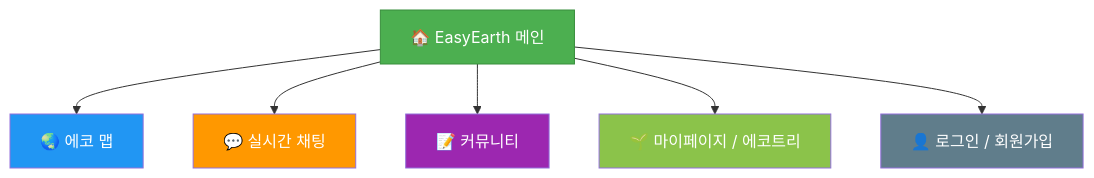
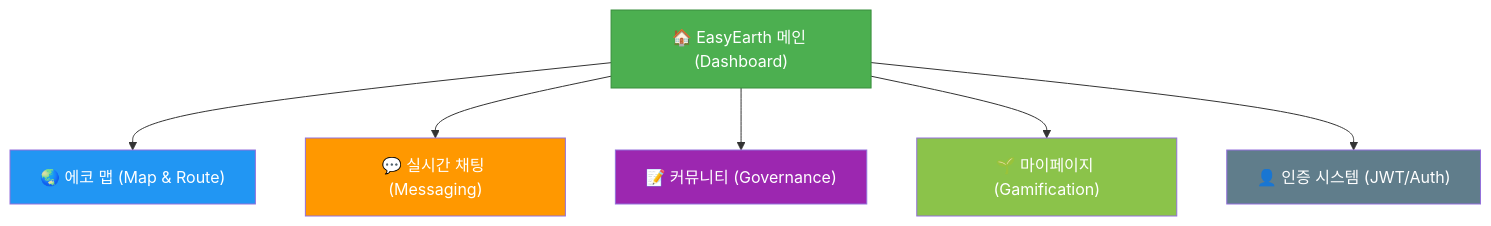
Before and after one commit to KJH-Portfolio/202602-Environmenta-Organization: the first of 5 diagrams in ia.md, drawn with Mermaid. The commit also changed other lines of this file and 9 other files, not shown here.

````diff
--- a/ia.md
+++ b/ia.md
@@ -22,16 +24,18 @@
 ```mermaid
 graph TD
-    ROOT["🏠 EasyEarth 메인"]
-    ROOT --> NAV_MAP["🌏 에코 맵"]
-    ROOT --> NAV_CHAT["💬 실시간 채팅"]
-    ROOT --> NAV_COMM["📝 커뮤니티"]
-    ROOT --> NAV_MY["🌱 마이페이지 / 에코트리"]
-    ROOT --> NAV_AUTH["👤 로그인 / 회원가입"]
+    ROOT["🏠 EasyEarth 메인 (Dashboard)"]
+    
+    ROOT --> NAV_MAP["🌏 에코 맵 (Map & Route)"]
+    ROOT --> NAV_CHAT["💬 실시간 채팅 (Messaging)"]
+    ROOT --> NAV_COMM["📝 커뮤니티 (Governance)"]
+    ROOT --> NAV_MY["🌱 마이페이지 (Gamification)"]
+    ROOT --> NAV_AUTH["👤 인증 시스템 (JWT/Auth)"]
 
+    %% 스타일 정의
     style ROOT fill:#4CAF50,color:#fff,stroke:#388E3C
     style NAV_MAP fill:#2196F3,color:#fff
     style NAV_CHAT fill:#FF9800,color:#fff
     style NAV_COMM fill:#9C27B0,color:#fff
     style NAV_MY fill:#8BC34A,color:#fff
     style NAV_AUTH fill:#607D8B,color:#fff
 ```
````
